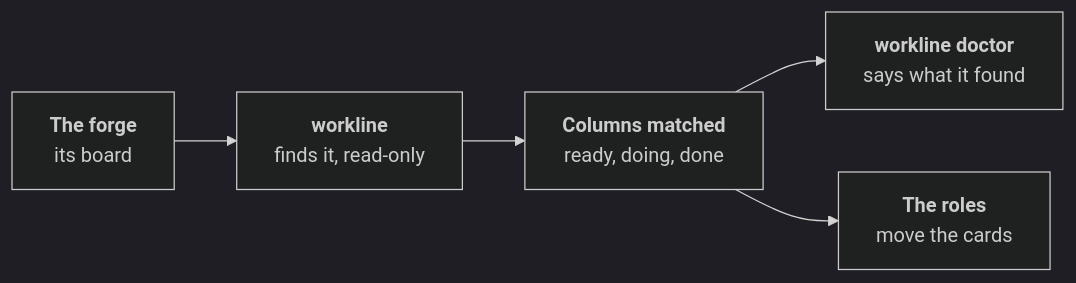
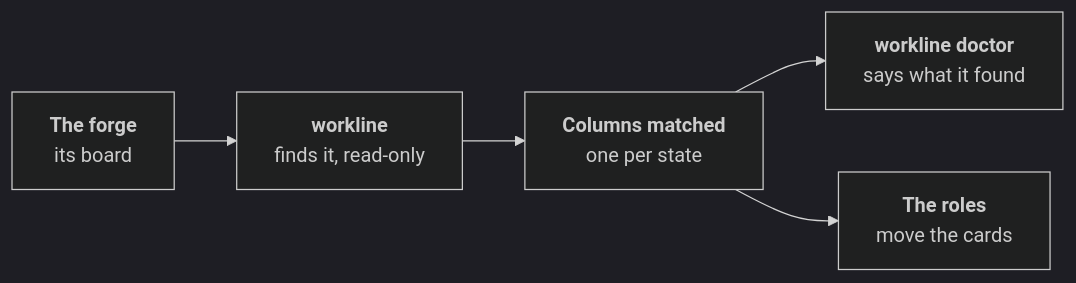
The diagram in docs/boards.md (JN0V/workline), drawn with Mermaid (dark theme) before and after one commit. The commit also changed other lines of this file and 21 other files, not shown here.

````diff
--- a/docs/boards.md
+++ b/docs/boards.md
@@ -7,7 +7,7 @@
 ```mermaid
 flowchart LR
   forge["<b>The forge</b><br/>its board"] --> find["<b>workline</b><br/>finds it, read-only"]
-  find --> match["<b>Columns matched</b><br/>ready, doing, done"]
+  find --> match["<b>Columns matched</b><br/>one per state"]
   match --> doctor["<b>workline doctor</b><br/>says what it found"]
   match --> roles["<b>The roles</b><br/>move the cards"]
 ```
````
